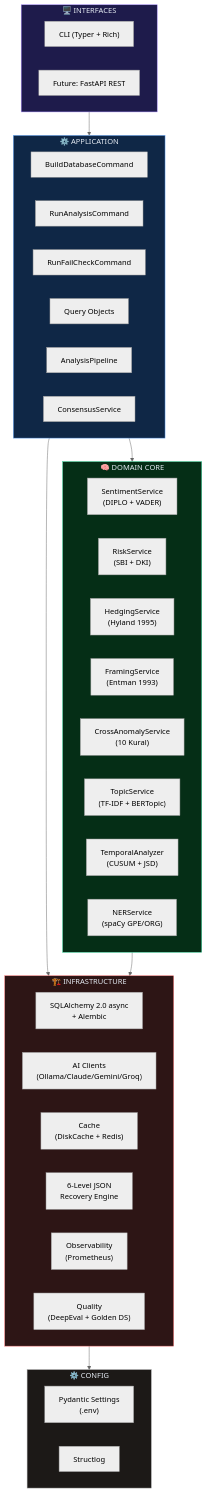
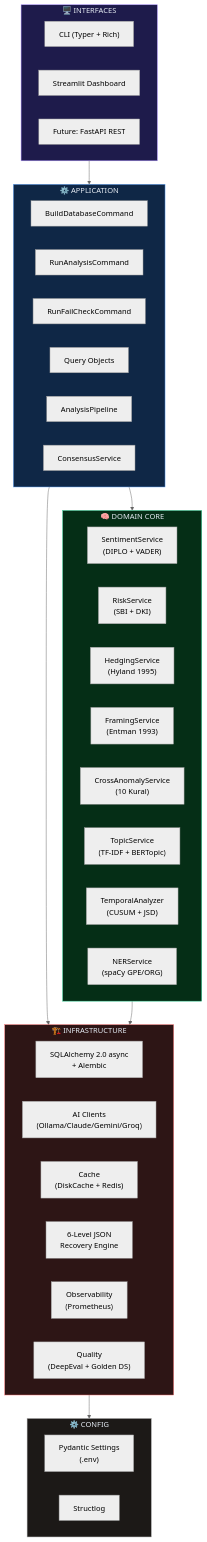
One commit to BBgitaccount/BB-PAXDATA changed the second of 15 diagrams in README.md. Above: the diagram before and after it, drawn with Mermaid (neutral theme). The commit also changed other lines of this file and 44 other files, not shown here.

````diff
--- a/README.md
+++ b/README.md
@@ -158,53 +166,54 @@
 ```mermaid
 graph TB
     subgraph INTERFACES["🖥️ INTERFACES"]
         CLI["CLI (Typer + Rich)"]
+        DASHBOARD["Streamlit Dashboard"]
         API["Future: FastAPI REST"]
     end
 
     subgraph APPLICATION["⚙️ APPLICATION"]
         CMD_BUILD["BuildDatabaseCommand"]
         CMD_ANALYZE["RunAnalysisCommand"]
         CMD_FAIL["RunFailCheckCommand"]
         QUERIES["Query Objects"]
         PIPELINE["AnalysisPipeline"]
         CONSENSUS["ConsensusService"]
     end
 
     subgraph DOMAIN["🧠 DOMAIN CORE"]
         SENTIMENT["SentimentService\n(DIPLO + VADER)"]
         RISK["RiskService\n(SBI + DKI)"]
         HEDGING["HedgingService\n(Hyland 1995)"]
         FRAMING["FramingService\n(Entman 1993)"]
         ANOMALY["CrossAnomalyService\n(10 Kural)"]
         TOPIC["TopicService\n(TF-IDF + BERTopic)"]
         TEMPORAL["TemporalAnalyzer\n(CUSUM + JSD)"]
         NER["NERService\n(spaCy GPE/ORG)"]
     end
 
     subgraph INFRA["🏗️ INFRASTRUCTURE"]
         DB["SQLAlchemy 2.0 async\n+ Alembic"]
         AI["AI Clients\n(Ollama/Claude/Gemini/Groq)"]
         CACHE["Cache\n(DiskCache + Redis)"]
         RECOVERY["6-Level JSON\nRecovery Engine"]
         OBS["Observability\n(Prometheus)"]
         QUALITY["Quality\n(DeepEval + Golden DS)"]
     end
 
     subgraph CONFIG["⚙️ CONFIG"]
         SETTINGS["Pydantic Settings\n(.env)"]
         LOGGING["Structlog"]
     end
 
     INTERFACES --> APPLICATION
     APPLICATION --> DOMAIN
     APPLICATION --> INFRA
     DOMAIN --> INFRA
     INFRA --> CONFIG
 
     style INTERFACES fill:#1e1b4b,stroke:#a78bfa,color:#e2e8f0
     style APPLICATION fill:#0f2746,stroke:#60a5fa,color:#e2e8f0
     style DOMAIN fill:#052e16,stroke:#34d399,color:#e2e8f0
     style INFRA fill:#2d1515,stroke:#f87171,color:#e2e8f0
     style CONFIG fill:#1c1917,stroke:#a3a3a3,color:#e2e8f0
 ```
````
